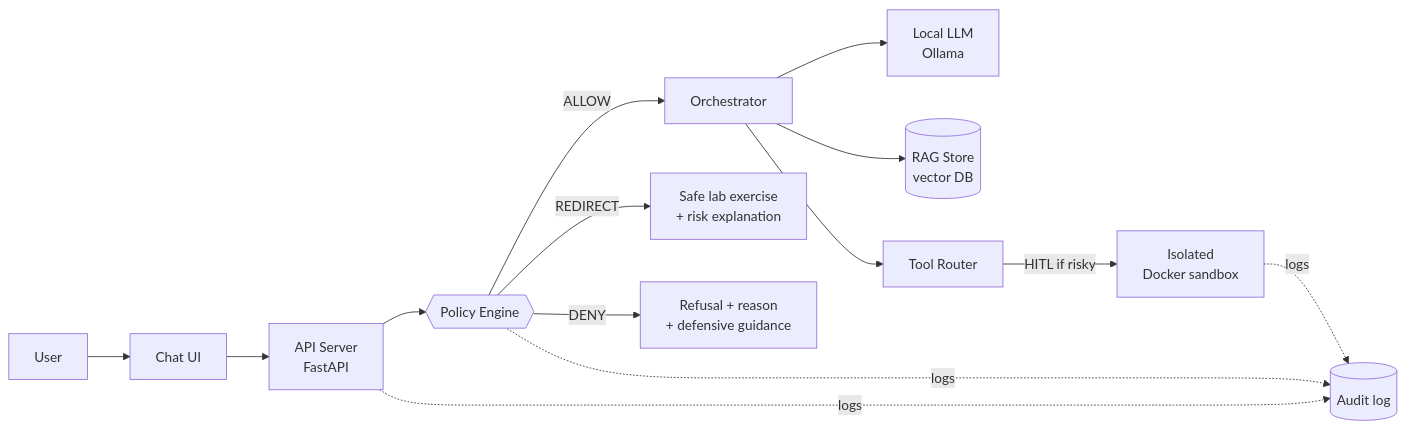
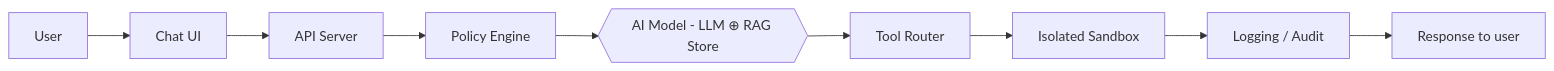
The diagram in README.md (DangHung845/local-ai-security-copilot), drawn with Mermaid before and after one commit. The commit also changed other lines of this file, not shown here.

````diff
--- a/README.md
+++ b/README.md
@@ -50,16 +82,11 @@
 ```mermaid
 flowchart LR
     U[User] --> UI[Chat UI]
-    UI --> API[API Server<br/>FastAPI]
-    API --> P{{Policy Engine}}
-    P -->|ALLOW| ORCH[Orchestrator]
-    P -->|REDIRECT| R[Safe lab exercise<br/>+ risk explanation]
-    P -->|DENY| D[Refusal + reason<br/>+ defensive guidance]
-    ORCH --> LLM[Local LLM<br/>Ollama]
-    ORCH --> RAG[(RAG Store<br/>vector DB)]
-    ORCH --> TR[Tool Router]
-    TR -->|HITL if risky| SB[Isolated<br/>Docker sandbox]
-    API -.logs.-> LOG[(Audit log)]
-    P -.logs.-> LOG
-    SB -.logs.-> LOG
+    UI --> API[API Server]
+    API --> P[Policy Engine]
+    P --> M{{AI Model - LLM ⊕ RAG Store}}
+    M --> TR[Tool Router]
+    TR --> SB[Isolated Sandbox]
+    SB --> LOG[Logging / Audit]
+    LOG --> R[Response to user]
 ```
````
